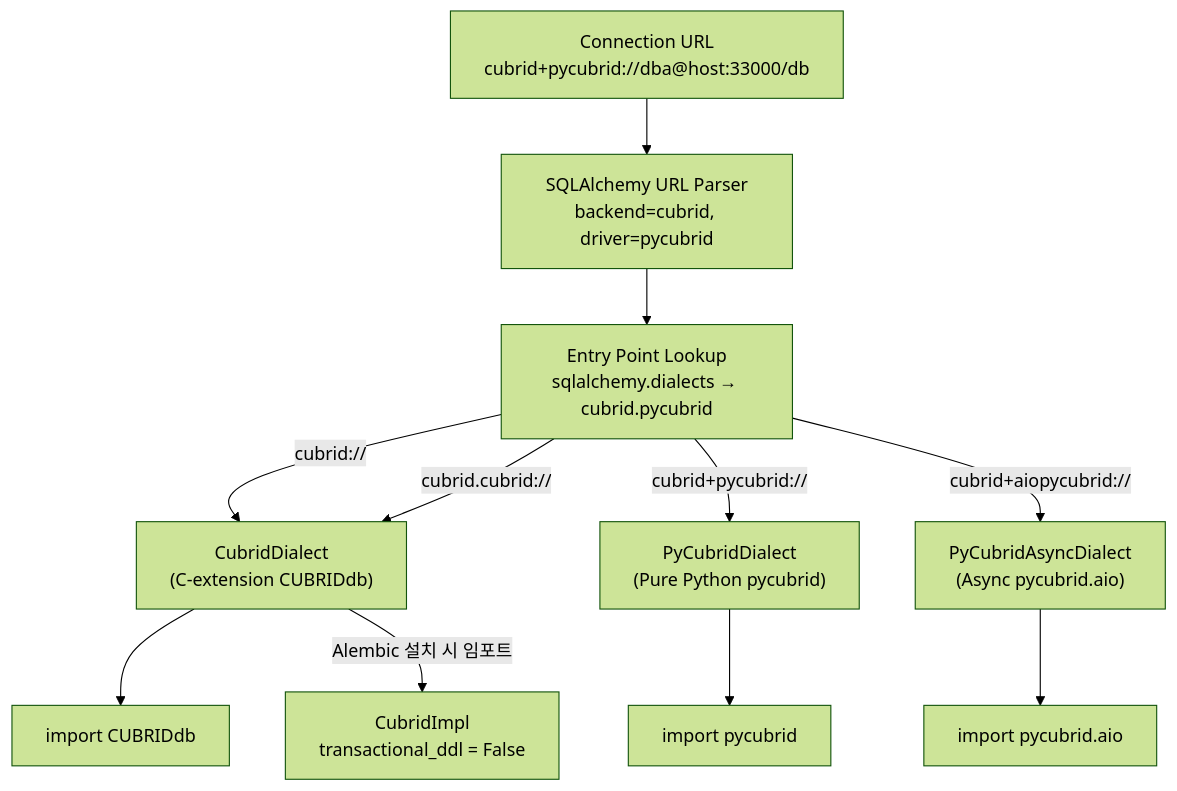
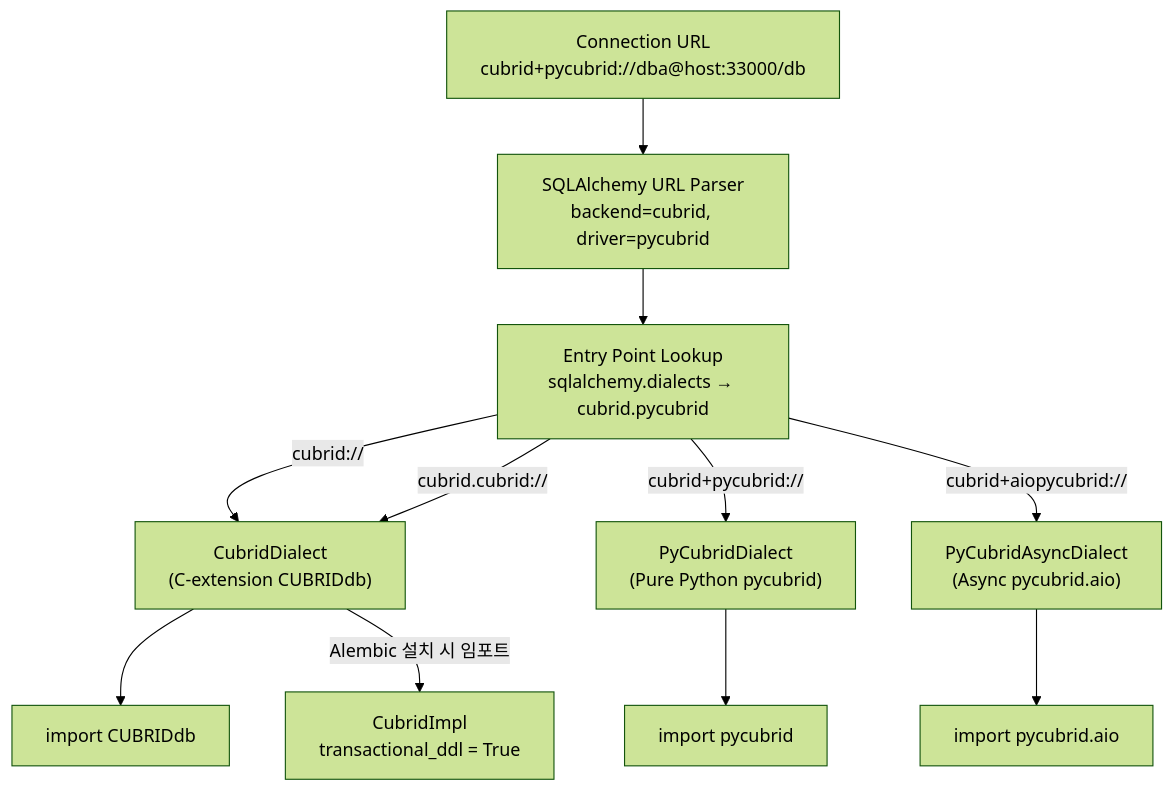
Before and after one commit to HarshRajSinghania/sqlalchemy-cubrid: the fifth of 6 diagrams in docs/ko/ARCHITECTURE.md, drawn with Mermaid (forest theme). The commit also changed other lines of this file and 29 other files, not shown here.

First line of the commit message:
fix(alembic): treat CUBRID DDL as transactional (transactional_ddl = True) (#525)

````diff
--- a/docs/ko/ARCHITECTURE.md
+++ b/docs/ko/ARCHITECTURE.md
@@ -215,20 +215,20 @@
 ```mermaid
 flowchart TD
     url["Connection URL<br/>cubrid+pycubrid://dba@host:33000/db"]
     parse["SQLAlchemy URL Parser<br/>backend=cubrid, driver=pycubrid"]
     entry["Entry Point Lookup<br/>sqlalchemy.dialects → cubrid.pycubrid"]
 
     url --> parse
     parse --> entry
 
     entry -->|"cubrid://"| cubrid_dialect["CubridDialect<br/>(C-extension CUBRIDdb)"]
     entry -->|"cubrid.cubrid://"| cubrid_dialect
     entry -->|"cubrid+pycubrid://"| pycubrid_dialect["PyCubridDialect<br/>(Pure Python pycubrid)"]
     entry -->|"cubrid+aiopycubrid://"| aio_pycubrid_dialect["PyCubridAsyncDialect<br/>(Async pycubrid.aio)"]
 
     cubrid_dialect --> import_c["import CUBRIDdb"]
     pycubrid_dialect --> import_py["import pycubrid"]
     aio_pycubrid_dialect --> import_aio["import pycubrid.aio"]
 
-    cubrid_dialect -->|"Alembic 설치 시 임포트"| alembic_impl["CubridImpl<br/>transactional_ddl = False"]
+    cubrid_dialect -->|"Alembic 설치 시 임포트"| alembic_impl["CubridImpl<br/>transactional_ddl = True"]
 ```
````
